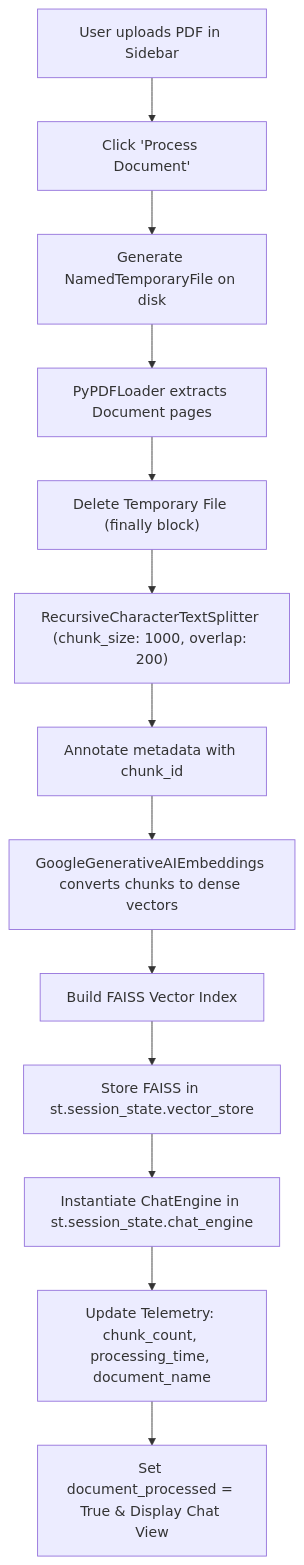
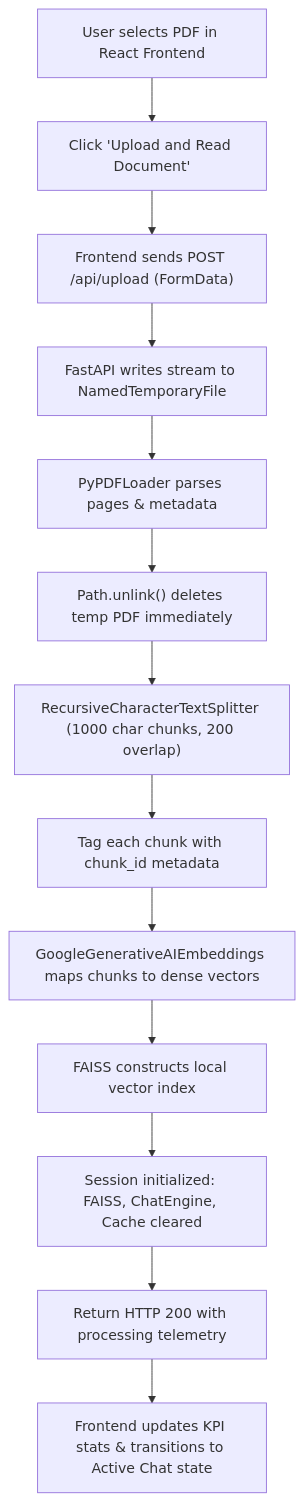
One commit to Shakir5665/DocQuery-AI changed the second of 4 diagrams in TECHNICAL_REPORT.md. Above: the diagram before and after it, drawn with Mermaid. The commit also changed other lines of this file and 6 other files, not shown here.

Commit message:
feat: add React 19 frontend and update branding with custom logo assets

````diff
--- a/TECHNICAL_REPORT.md
+++ b/TECHNICAL_REPORT.md
@@ -134,15 +173,15 @@
 ```mermaid
 flowchart TD
-    A["User uploads PDF in Sidebar"] --> B["Click 'Process Document'"]
-    B --> C["Generate NamedTemporaryFile on disk"]
-    C --> D["PyPDFLoader extracts Document pages"]
-    D --> E["Delete Temporary File (finally block)"]
-    E --> F["RecursiveCharacterTextSplitter (chunk_size: 1000, overlap: 200)"]
-    F --> G["Annotate metadata with chunk_id"]
-    G --> H["GoogleGenerativeAIEmbeddings converts chunks to dense vectors"]
-    H --> I["Build FAISS Vector Index"]
-    I --> J["Store FAISS in st.session_state.vector_store"]
-    J --> K["Instantiate ChatEngine in st.session_state.chat_engine"]
-    K --> L["Update Telemetry: chunk_count, processing_time, document_name"]
-    L --> M["Set document_processed = True & Display Chat View"]
+    A["User selects PDF in React Frontend"] --> B["Click 'Upload and Read Document'"]
+    B --> C["Frontend sends POST /api/upload (FormData)"]
+    C --> D["FastAPI writes stream to NamedTemporaryFile"]
+    D --> E["PyPDFLoader parses pages & metadata"]
+    E --> F["Path.unlink() deletes temp PDF immediately"]
+    F --> G["RecursiveCharacterTextSplitter (1000 char chunks, 200 overlap)"]
+    G --> H["Tag each chunk with chunk_id metadata"]
+    H --> I["GoogleGenerativeAIEmbeddings maps chunks to dense vectors"]
+    I --> J["FAISS constructs local vector index"]
+    J --> K["Session initialized: FAISS, ChatEngine, Cache cleared"]
+    K --> L["Return HTTP 200 with processing telemetry"]
+    L --> M["Frontend updates KPI stats & transitions to Active Chat state"]
 ```
````
